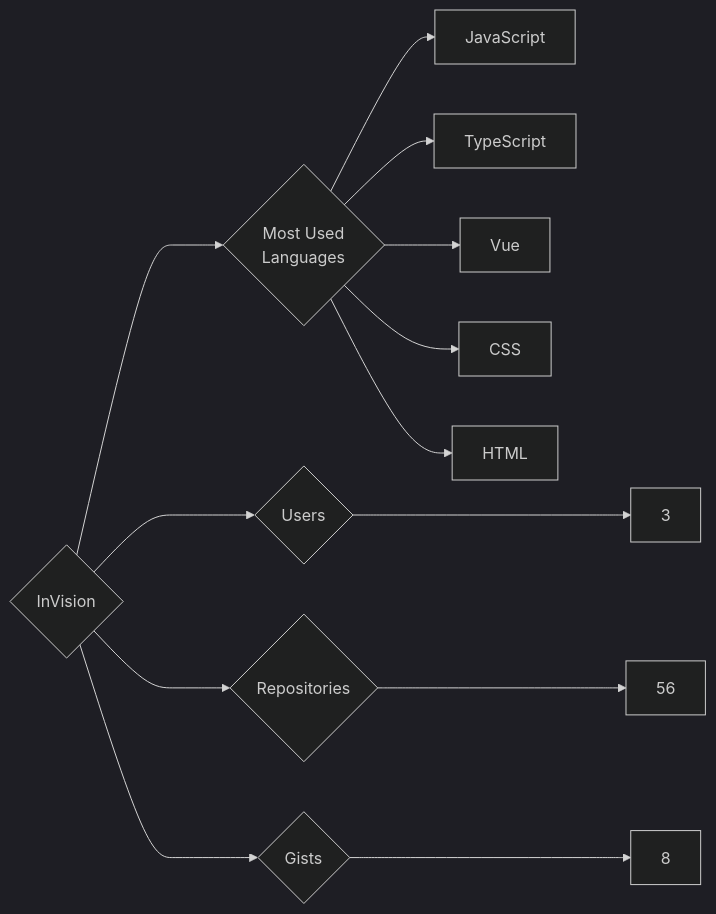
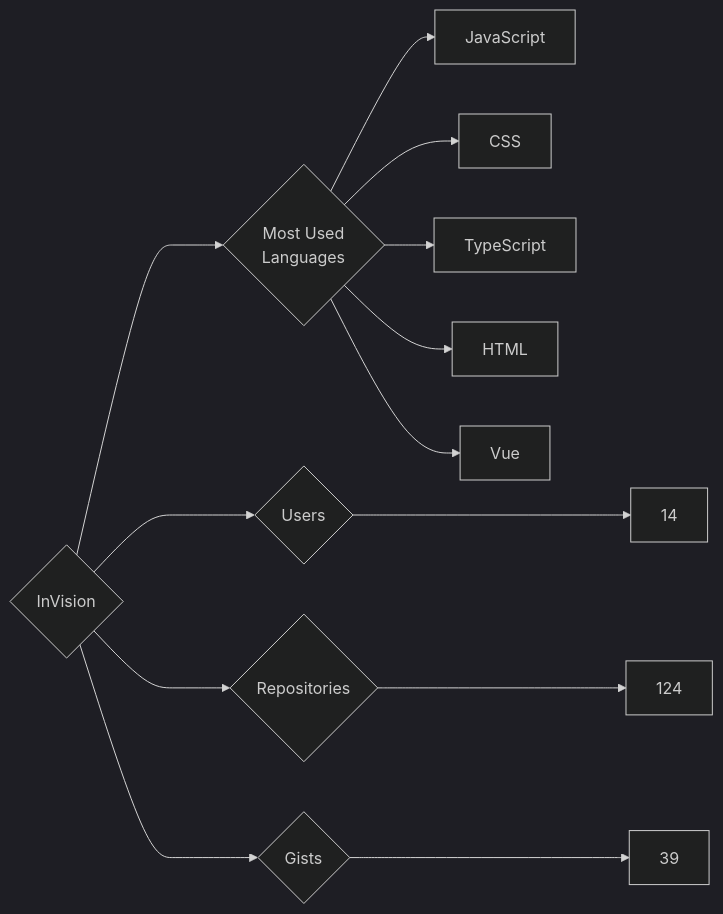
The diagram in targets/InVision/README.md (trickest/insiders), drawn with Mermaid (dark theme) before and after one commit. The commit also changed 786 other files, not shown here.

````diff
--- a/targets/InVision/README.md
+++ b/targets/InVision/README.md
@@ -3,13 +3,13 @@
 ```mermaid
 graph LR
 COMPANY_NAME{InVision}
-COMPANY_NAME ---> U{Users} ---> UN[3]
-COMPANY_NAME ---> R{Repositories} ---> RN[56]
-COMPANY_NAME ---> G{Gists} ---> GN[8]
+COMPANY_NAME ---> U{Users} ---> UN[14]
+COMPANY_NAME ---> R{Repositories} ---> RN[124]
+COMPANY_NAME ---> G{Gists} ---> GN[39]
 COMPANY_NAME ---> ML{Most Used<br>Languages}
 ML --> JavaScript[JavaScript]
+ML --> CSS[CSS]
 ML --> TypeScript[TypeScript]
+ML --> HTML[HTML]
 ML --> Vue[Vue]
-ML --> CSS[CSS]
-ML --> HTML[HTML]
 ```
````
